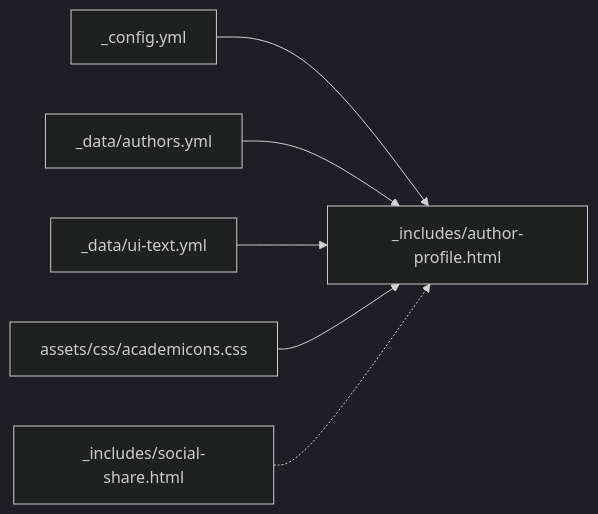
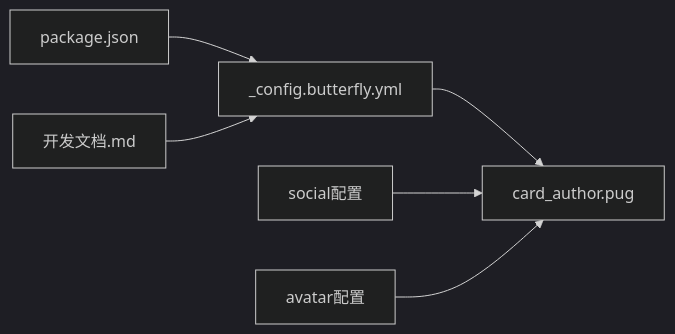
The fourth of 4 diagrams in .qoder/repowiki/zh/content/配置管理/作者和社交配置.md (CoolPig0720/CoolPig0720.github.io), drawn with Mermaid (dark theme) before and after one commit. The commit also changed other lines of this file and 36 other files, not shown here.

````diff
--- a/.qoder/repowiki/zh/content/配置管理/作者和社交配置.md
+++ b/.qoder/repowiki/zh/content/配置管理/作者和社交配置.md
@@ -224,8 +223,8 @@
 ```mermaid
 graph LR
-Config["_config.yml"] --> AuthorProfile["_includes/author-profile.html"]
-DataAuthors["_data/authors.yml"] --> AuthorProfile
-UIText["_data/ui-text.yml"] --> AuthorProfile
-Icons["assets/css/academicons.css"] --> AuthorProfile
-SocialShare["_includes/social-share.html"] -.-> AuthorProfile
+Config["_config.butterfly.yml"] --> CardAuthor["card_author.pug"]
+Package["package.json"] --> Config
+DevDoc["开发文档.md"] --> Config
+Social["social配置"] --> CardAuthor
+Avatar["avatar配置"] --> CardAuthor
 ```
````
